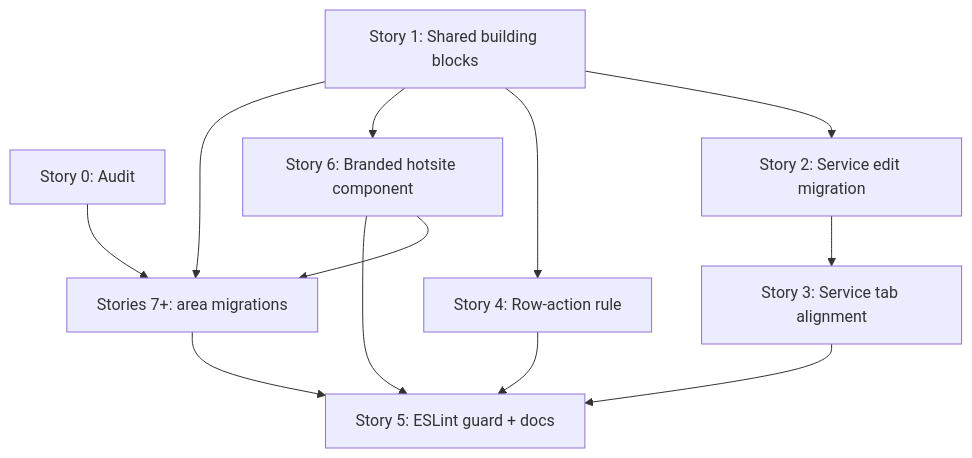
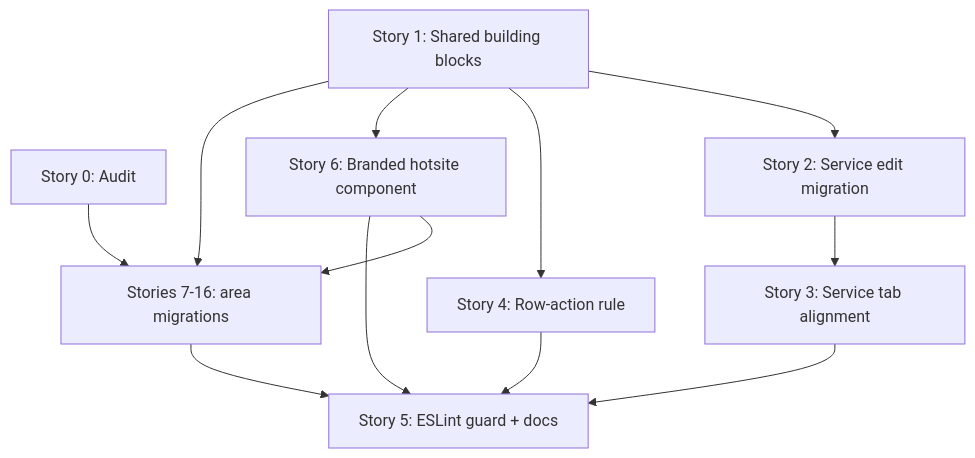
The diagram in td/TD57-INLINE-FEEDBACK-AND-ACTION-PANE-PATTERN.md (lmmoreira/ikaro), drawn with Mermaid before and after one commit. The commit also changed other lines of this file, not shown here.

First line of the commit message:
docs(td): TD57 audit inventory and area migration stories (TD57-S00) (#692)

````diff
--- a/td/TD57-INLINE-FEEDBACK-AND-ACTION-PANE-PATTERN.md
+++ b/td/TD57-INLINE-FEEDBACK-AND-ACTION-PANE-PATTERN.md
@@ -357,14 +905,14 @@
 ```mermaid
 graph TD
-  S0[Story 0: Audit] --> M[Stories 7+: area migrations]
+  S0[Story 0: Audit] --> M[Stories 7-16: area migrations]
   S1[Story 1: Shared building blocks] --> S2[Story 2: Service edit migration]
   S1 --> S4[Story 4: Row-action rule]
   S1 --> S6[Story 6: Branded hotsite component]
   S1 --> M
   S6 --> M
   S2 --> S3[Story 3: Service tab alignment]
   M --> S5[Story 5: ESLint guard + docs]
   S3 --> S5
   S4 --> S5
   S6 --> S5
 ```
````
